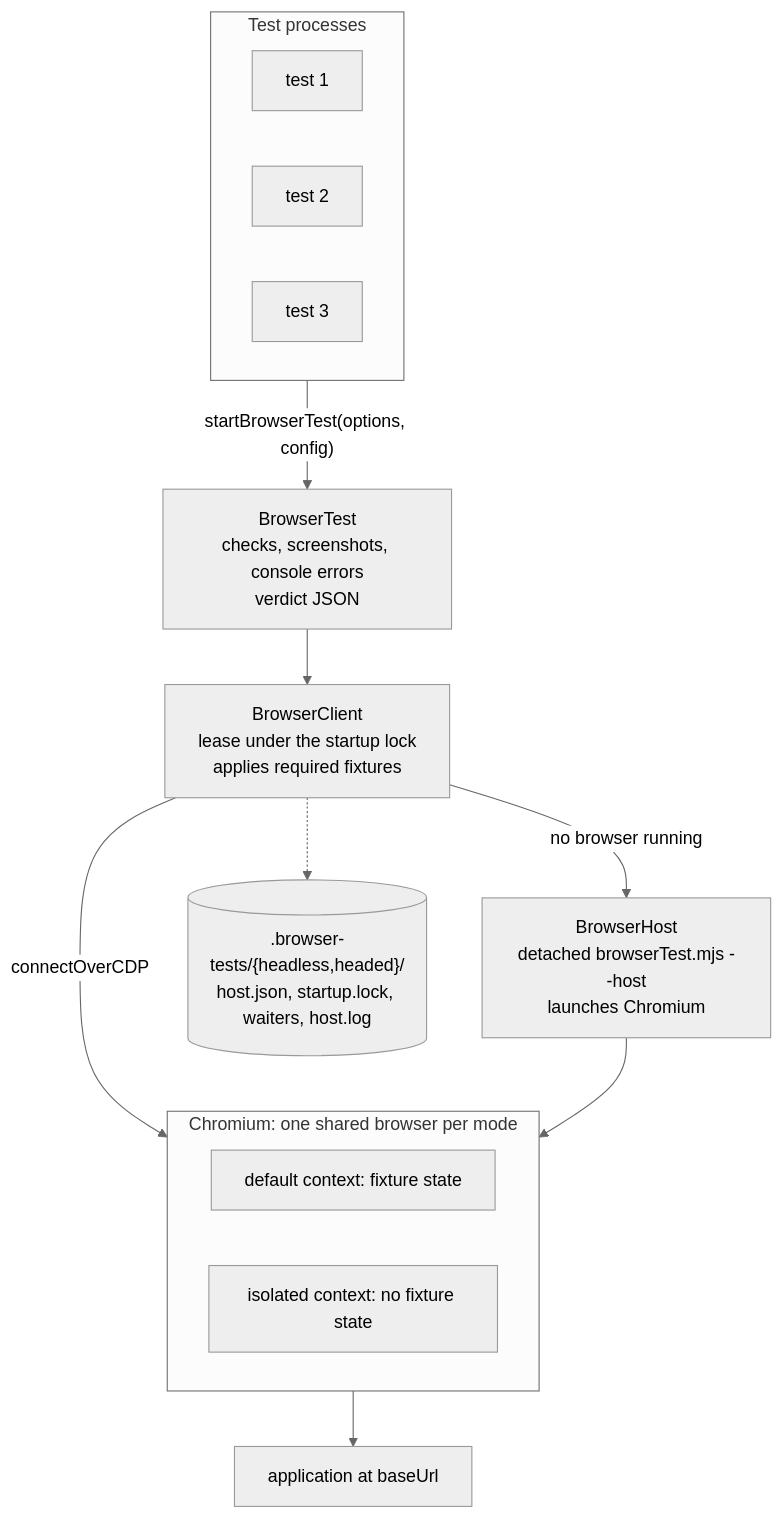
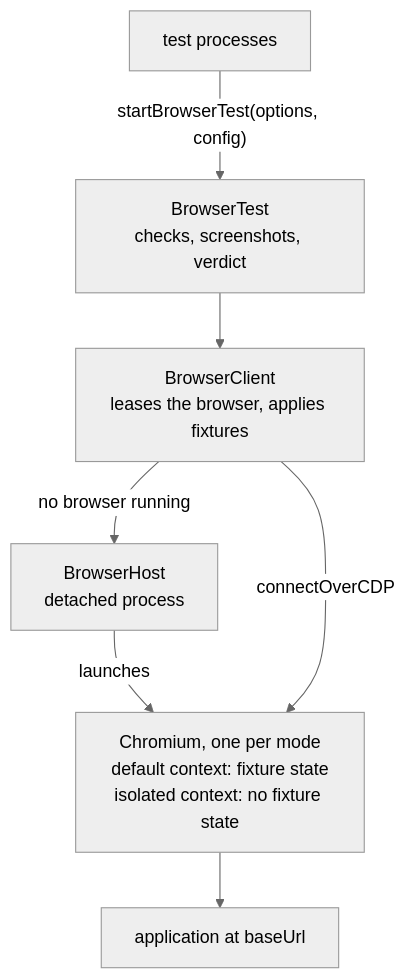
The diagram in README.md (blockchainian/browser-test), drawn with Mermaid (neutral theme) before and after one commit. The commit also changed other lines of this file, not shown here.

````diff
--- a/README.md
+++ b/README.md
@@ -15,19 +13,9 @@
 ```mermaid
 flowchart TD
-    subgraph T["Test processes"]
-        T1["test 1"]
-        T2["test 2"]
-        T3["test 3"]
-    end
-    T -->|"startBrowserTest(options, config)"| BT["BrowserTest<br/>checks, screenshots, console errors<br/>verdict JSON"]
-    BT --> BC["BrowserClient<br/>lease under the startup lock<br/>applies required fixtures"]
-    BC -->|"no browser running"| BH["BrowserHost<br/>detached browserTest.mjs --host<br/>launches Chromium"]
-    BC -->|"connectOverCDP"| CH
-    BH --> CH
-    subgraph CH["Chromium: one shared browser per mode"]
-        DC["default context: fixture state"]
-        IC["isolated context: no fixture state"]
-    end
+    T["test processes"] -->|"startBrowserTest(options, config)"| BT["BrowserTest<br/>checks, screenshots, verdict"]
+    BT --> BC["BrowserClient<br/>leases the browser, applies fixtures"]
+    BC -->|"no browser running"| BH["BrowserHost<br/>detached process"]
+    BH -->|"launches"| CH
+    BC -->|"connectOverCDP"| CH["Chromium, one per mode<br/>default context: fixture state<br/>isolated context: no fixture state"]
     CH --> W["application at baseUrl"]
-    BC -.-> RT[(".browser-tests/{headless,headed}/<br/>host.json, startup.lock, waiters, host.log")]
 ```
````
